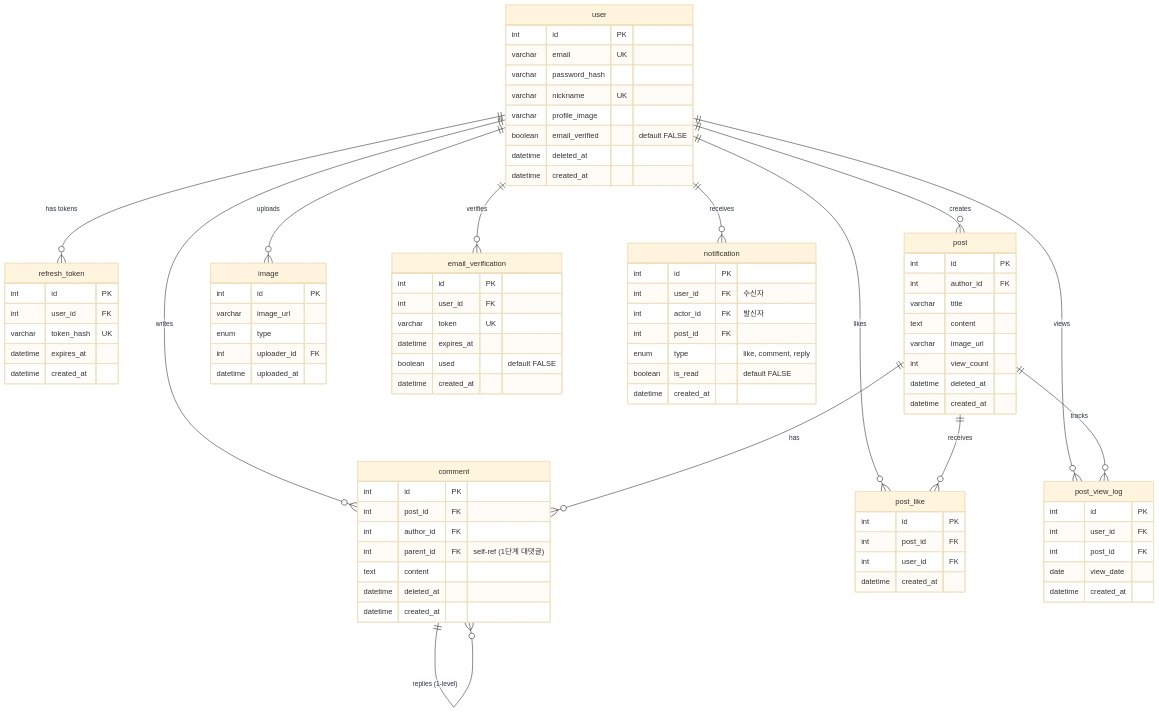
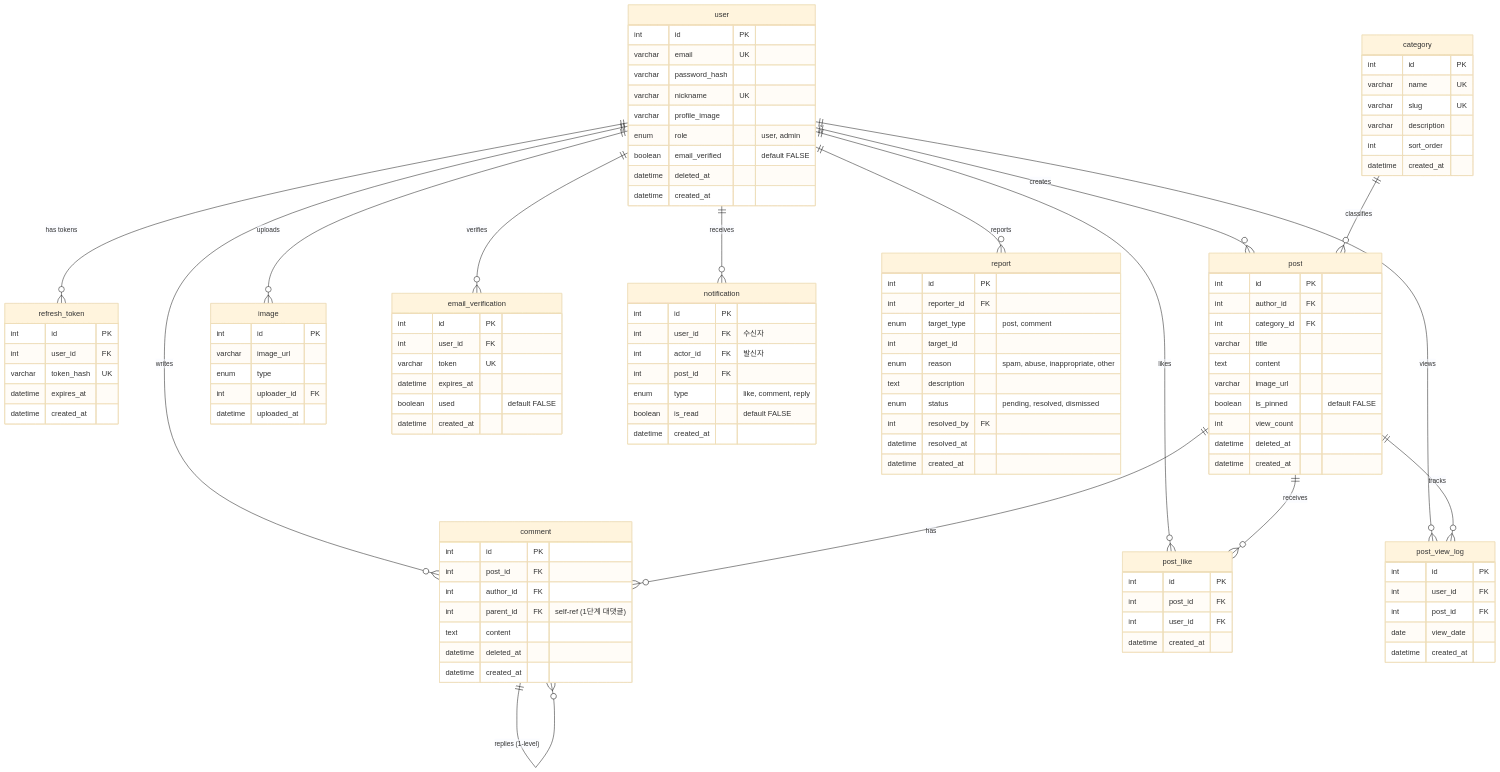
One commit to revenantonthemission/2-cho-community-be changed the second of 3 diagrams in README.md. Above: the diagram before and after it, drawn with Mermaid (base theme). The commit also changed other lines of this file and 25 other files, not shown here.

```diff
--- a/README.md
+++ b/README.md
@@ -73,10 +73,12 @@
     user ||--o{ post_view_log : "views"
     user ||--o{ email_verification : "verifies"
     user ||--o{ notification : "receives"
+    user ||--o{ report : "reports"
     post ||--o{ comment : "has"
     comment ||--o{ comment : "replies (1-level)"
     post ||--o{ post_like : "receives"
     post ||--o{ post_view_log : "tracks"
+    category ||--o{ post : "classifies"
 
     user {
         int id PK
@@ -84,6 +86,7 @@
         varchar password_hash
         varchar nickname UK
         varchar profile_image
+        enum role "user, admin"
         boolean email_verified "default FALSE"
         datetime deleted_at
         datetime created_at
@@ -100,11 +103,35 @@
     post {
         int id PK
         int author_id FK
+        int category_id FK
         varchar title
         text content
         varchar image_url
+        boolean is_pinned "default FALSE"
         int view_count
         datetime deleted_at
+        datetime created_at
+    }
+
+    category {
+        int id PK
+        varchar name UK
+        varchar slug UK
+        varchar description
+        int sort_order
+        datetime created_at
+    }
+
+    report {
+        int id PK
+        int reporter_id FK
+        enum target_type "post, comment"
+        int target_id
+        enum reason "spam, abuse, inappropriate, other"
+        text description
+        enum status "pending, resolved, dismissed"
+        int resolved_by FK
+        datetime resolved_at
         datetime created_at
     }
 
```
